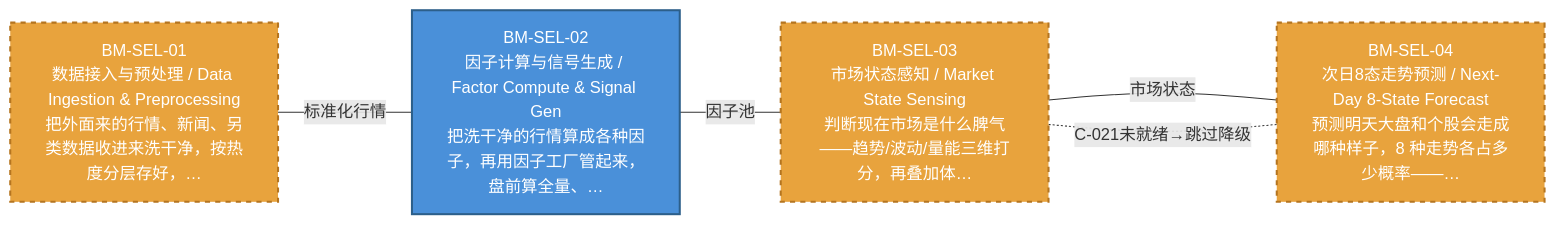
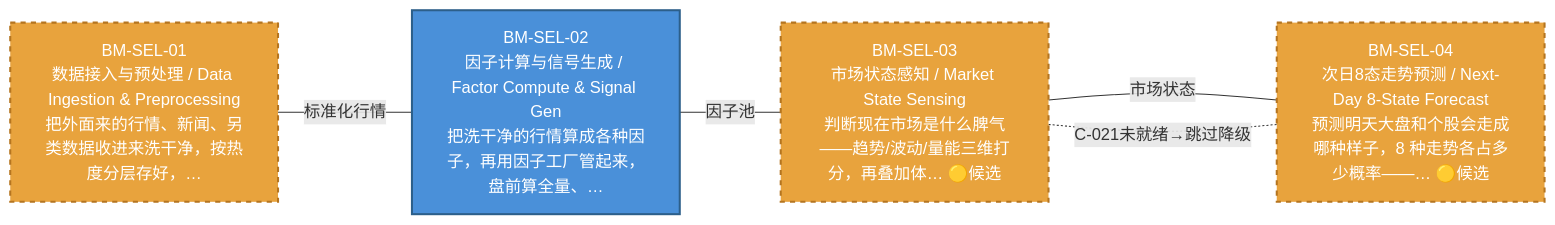
One commit to xuanFelixVan/ZephyrAlpha changed the diagram in docs/02_enterprise_architecture/07_trading_decision_architecture/battle_map/battle_map_01_stock_selection.md. Above: the diagram before and after it, drawn with Mermaid. The commit also changed other lines of this file and 6 other files, not shown here.

````diff
--- a/docs/02_enterprise_architecture/07_trading_decision_architecture/battle_map/battle_map_01_stock_selection.md
+++ b/docs/02_enterprise_architecture/07_trading_decision_architecture/battle_map/battle_map_01_stock_selection.md
@@ -15,17 +15,17 @@
 ```mermaid
 %% 选股阶段图
 flowchart LR
     BM_SEL_01["BM-SEL-01\n数据接入与预处理 / Data Ingestion & Preprocessing\n把外面来的行情、新闻、另类数据收进来洗干净，按热度分层存好，…"]:::design
     BM_SEL_02["BM-SEL-02\n因子计算与信号生成 / Factor Compute & Signal Gen\n把洗干净的行情算成各种因子，再用因子工厂管起来，盘前算全量、…"]:::production
-    BM_SEL_03["BM-SEL-03\n市场状态感知 / Market State Sensing\n判断现在市场是什么脾气——趋势/波动/量能三维打分，再叠加体…"]:::design
-    BM_SEL_04["BM-SEL-04\n次日8态走势预测 / Next-Day 8-State Forecast\n预测明天大盘和个股会走成哪种样子，8 种走势各占多少概率——…"]:::design
+    BM_SEL_03["BM-SEL-03\n市场状态感知 / Market State Sensing\n判断现在市场是什么脾气——趋势/波动/量能三维打分，再叠加体… 🟡候选"]:::design
+    BM_SEL_04["BM-SEL-04\n次日8态走势预测 / Next-Day 8-State Forecast\n预测明天大盘和个股会走成哪种样子，8 种走势各占多少概率——… 🟡候选"]:::design
     BM_SEL_01 --- |标准化行情| BM_SEL_02
     BM_SEL_02 --- |因子池| BM_SEL_03
     BM_SEL_03 --- |市场状态| BM_SEL_04
     BM_SEL_03 -.- |C-021未就绪→跳过降级| BM_SEL_04
 classDef production fill:#4A90D9,stroke:#2C5F8A,color:#fff,stroke-width:2px;
 classDef design fill:#E8A33D,stroke:#B57520,color:#fff,stroke-width:2px,stroke-dasharray: 5 5;
 classDef deprecated fill:#D93636,stroke:#A02020,color:#fff,stroke-width:2px;
 classDef missing fill:#BBBBBB,stroke:#888888,color:#fff,stroke-width:2px;
 classDef candidate fill:#F4D03F,stroke:#B7950B,color:#000,stroke-width:2px;
 ```
````
